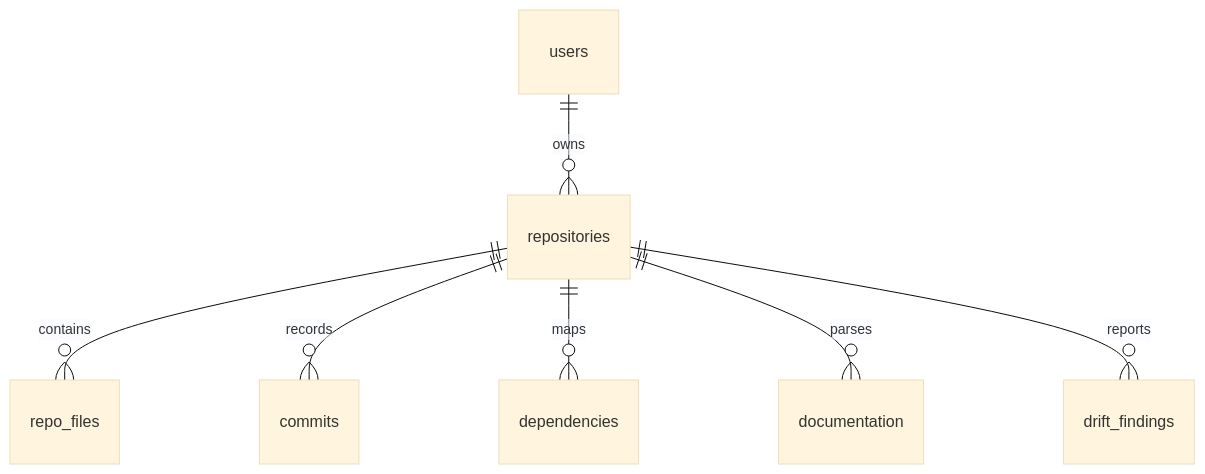
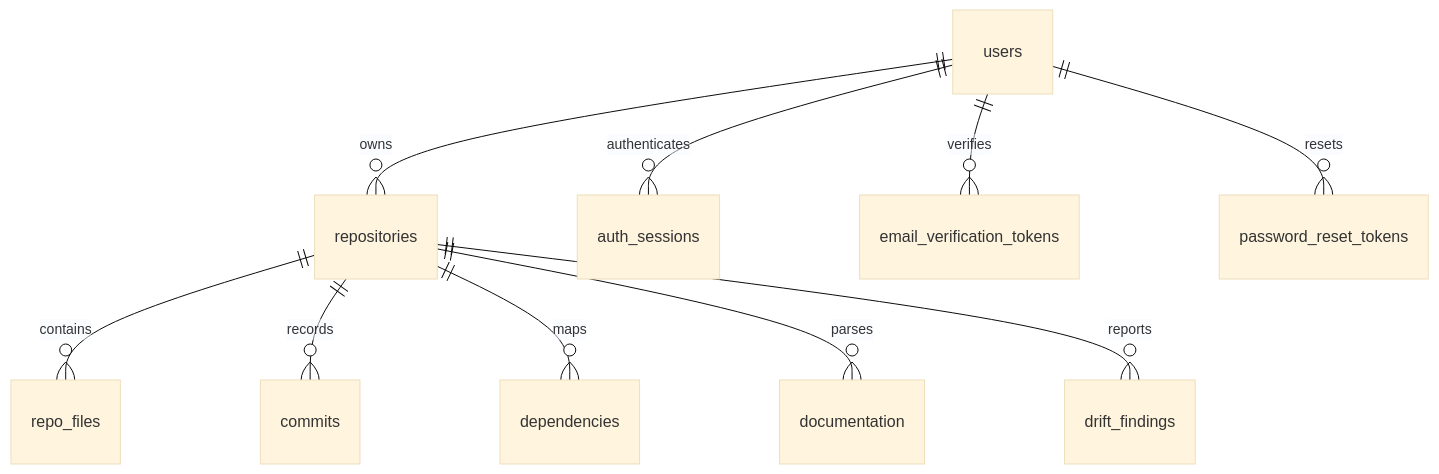
The diagram in docs/database/DATABASE.md (zs0c131y/CodePulse), drawn with Mermaid (base theme) before and after one commit. The commit also changed other lines of this file and 8 other files, not shown here.

First line of the commit message:
Enhance authentication flow with email verification and password reset features

````diff
--- a/docs/database/DATABASE.md
+++ b/docs/database/DATABASE.md
@@ -25,9 +25,12 @@
 ```mermaid
 erDiagram
     users ||--o{ repositories : owns
+    users ||--o{ auth_sessions : authenticates
+    users ||--o{ email_verification_tokens : verifies
+    users ||--o{ password_reset_tokens : resets
     repositories ||--o{ repo_files : contains
     repositories ||--o{ commits : records
     repositories ||--o{ dependencies : maps
     repositories ||--o{ documentation : parses
     repositories ||--o{ drift_findings : reports
 ```
````
